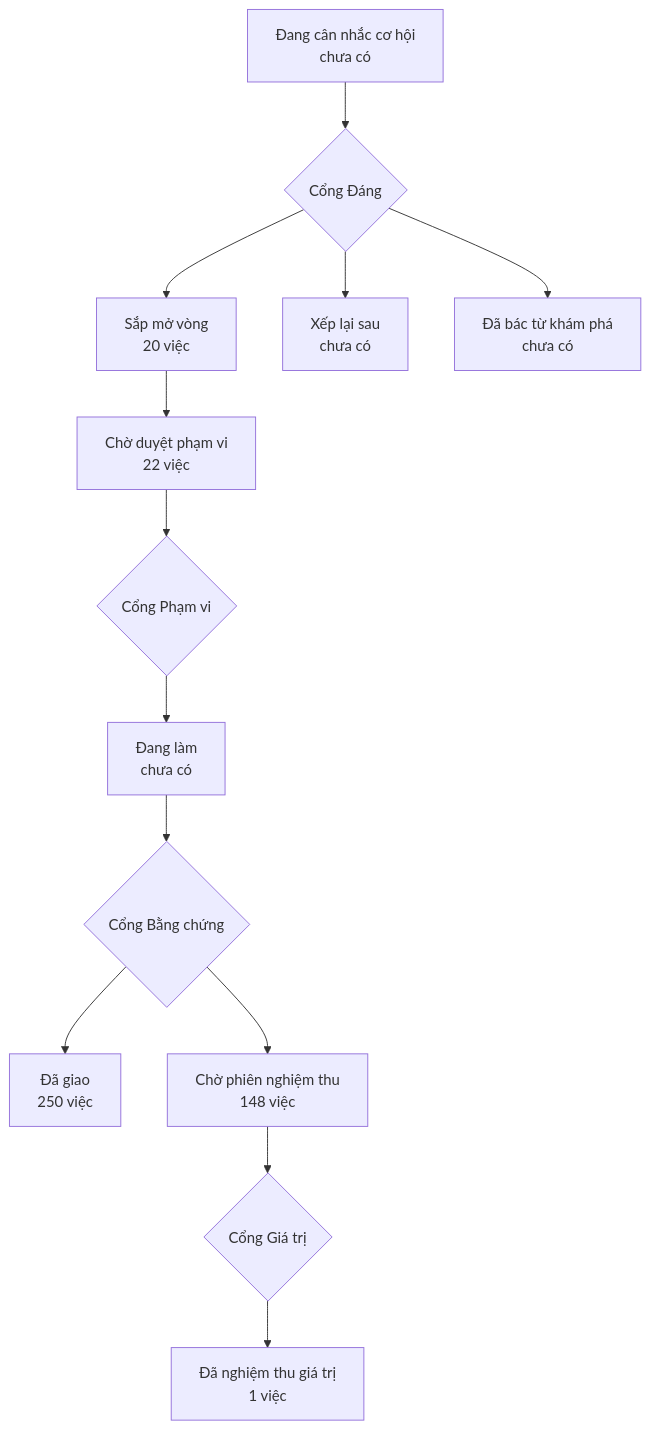
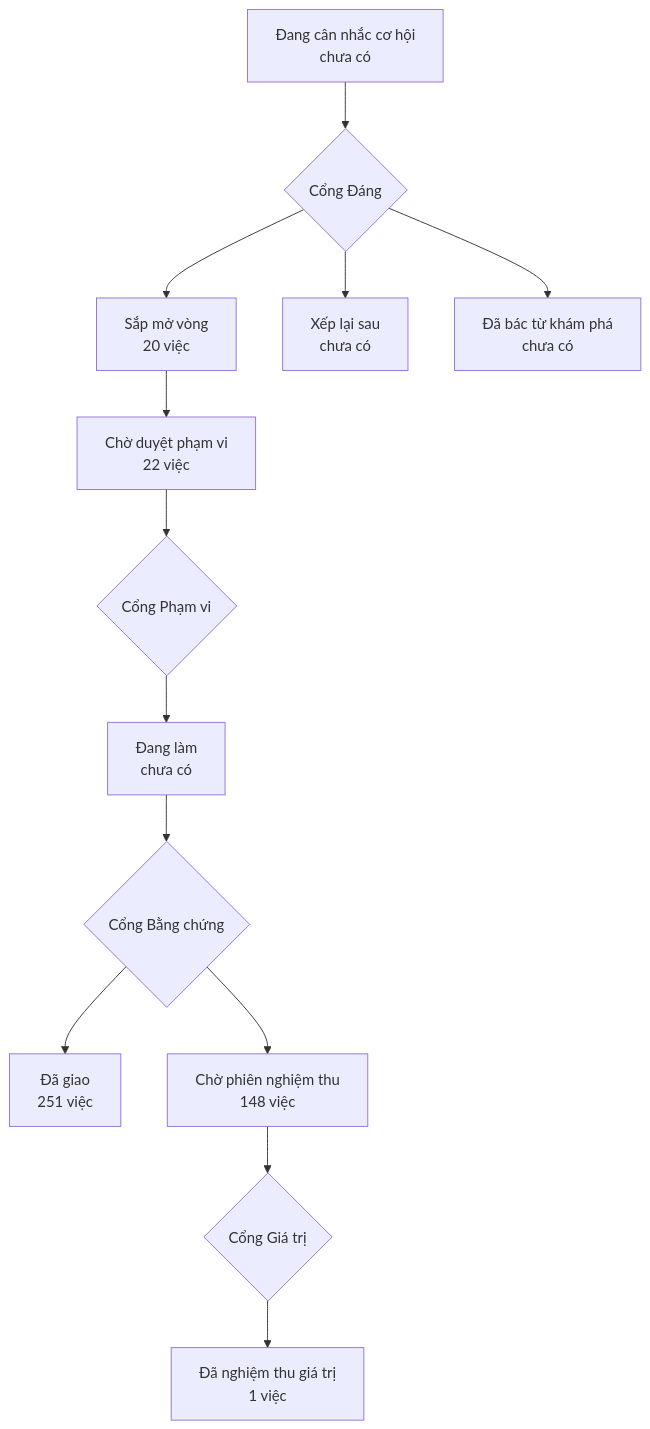
One commit to phanlemanh/onehub-invest changed the diagram in PRODUCT-MAP.md. Above: the diagram before and after it, drawn with Mermaid. The commit also changed other lines of this file and 14 other files, not shown here.

````diff
--- a/PRODUCT-MAP.md
+++ b/PRODUCT-MAP.md
@@ -7,12 +7,12 @@
 ```mermaid
 flowchart TD
   A["Đang cân nhắc cơ hội<br/>chưa có"] --> GD{"Cổng Đáng"}
   GD --> B["Sắp mở vòng<br/>20 việc"]
   GD --> XL["Xếp lại sau<br/>chưa có"]
   GD --> DB["Đã bác từ khám phá<br/>chưa có"]
   B --> CD["Chờ duyệt phạm vi<br/>22 việc"] --> GP{"Cổng Phạm vi"}
   GP --> DL["Đang làm<br/>chưa có"] --> GB{"Cổng Bằng chứng"}
-  GB --> DG["Đã giao<br/>250 việc"]
+  GB --> DG["Đã giao<br/>251 việc"]
   GB --> CN["Chờ phiên nghiệm thu<br/>148 việc"] --> GG{"Cổng Giá trị"}
   GG --> NT["Đã nghiệm thu giá trị<br/>1 việc"]
 ```
````
